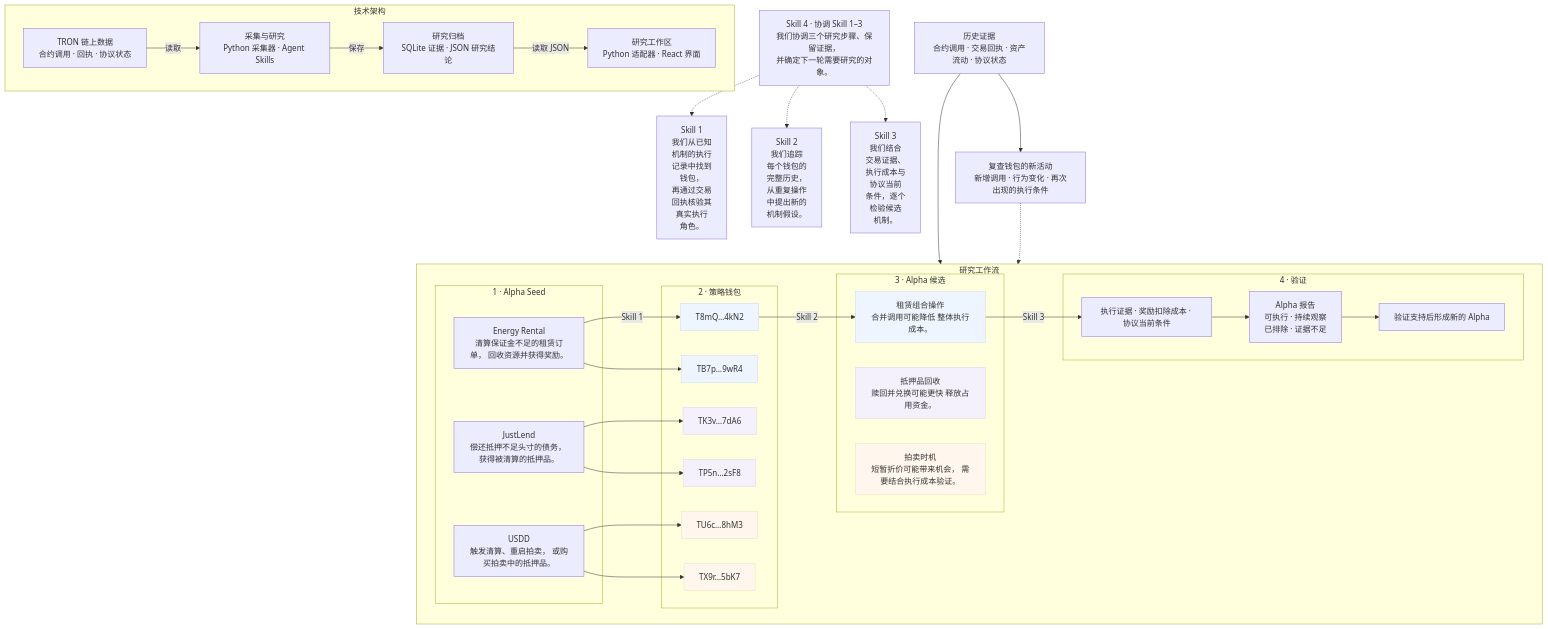
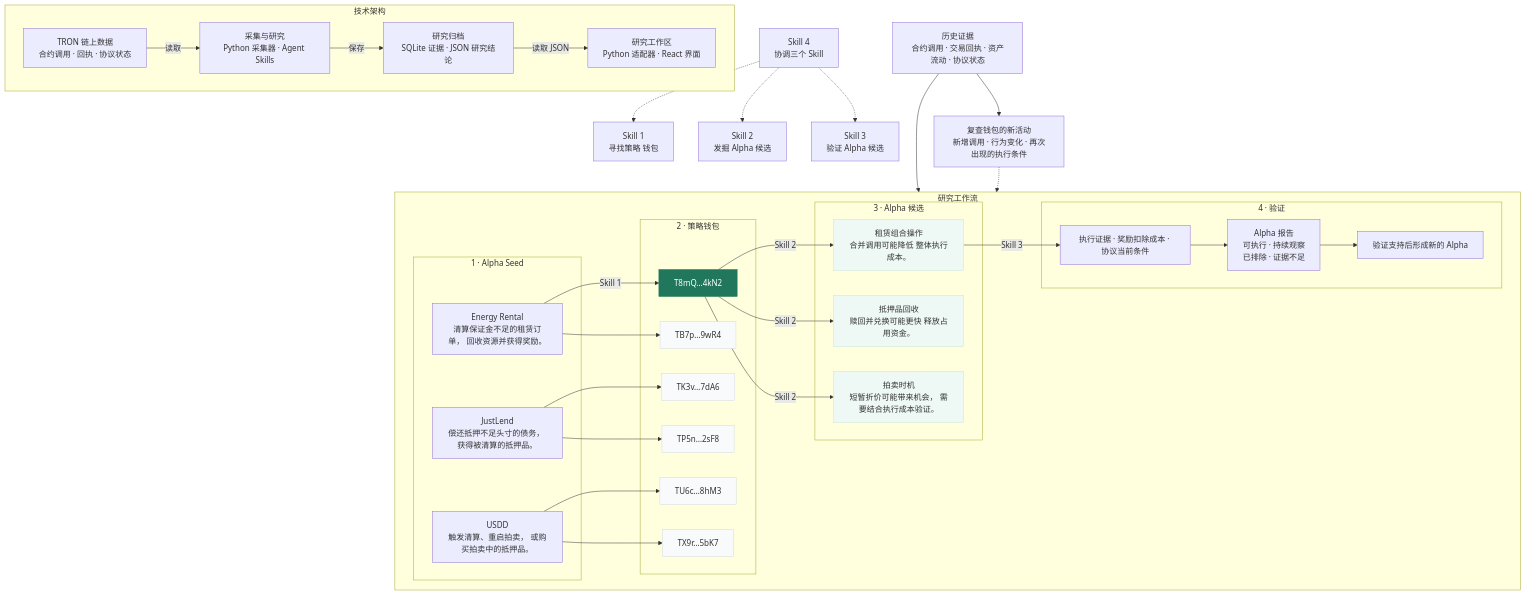
The diagram in docs/diagrams/system-architecture-zh-CN.mmd (qinyh10300/protocol-alpha-finder), drawn with Mermaid before and after one commit. The commit also changed 6 other files, not shown here.

Commit message:
docs: shorten Skill labels and expand one wallet into three candidates

```diff
--- a/docs/diagrams/system-architecture-zh-CN.mmd
+++ b/docs/diagrams/system-architecture-zh-CN.mmd
@@ -1,69 +1,71 @@
 flowchart TB
     subgraph FLOW["研究工作流"]
         direction LR
         subgraph SEEDS["1 · Alpha Seed"]
             SEED0["Energy Rental<br/>清算保证金不足的租赁订单， 回收资源并获得奖励。"]
             SEED1["JustLend<br/>偿还抵押不足头寸的债务， 获得被清算的抵押品。"]
             SEED2["USDD<br/>触发清算、重启拍卖， 或购买拍卖中的抵押品。"]
         end
         subgraph WALLETS["2 · 策略钱包"]
             WALLET0["T8mQ…4kN2"]
             WALLET1["TB7p…9wR4"]
             WALLET2["TK3v…7dA6"]
             WALLET3["TP5n…2sF8"]
             WALLET4["TU6c…8hM3"]
             WALLET5["TX9r…5bK7"]
         end
         subgraph CANDIDATES["3 · Alpha 候选"]
             CANDIDATE0["租赁组合操作<br/>合并调用可能降低 整体执行成本。"]
             CANDIDATE1["抵押品回收<br/>赎回并兑换可能更快 释放占用资金。"]
             CANDIDATE2["拍卖时机<br/>短暂折价可能带来机会， 需要结合执行成本验证。"]
         end
         subgraph VALIDATION["4 · 验证"]
             CHECK["执行证据 · 奖励扣除成本 · 协议当前条件"]
             REPORT["Alpha 报告<br/>可执行 · 持续观察<br/>已排除 · 证据不足"]
             NEW["验证支持后形成新的 Alpha"]
             CHECK --> REPORT --> NEW
         end
         SEED0 -->|Skill 1| WALLET0
         SEED0 --> WALLET1
         SEED1 --> WALLET2
         SEED1 --> WALLET3
         SEED2 --> WALLET4
         SEED2 --> WALLET5
         WALLET0 -->|Skill 2| CANDIDATE0
+        WALLET0 -->|Skill 2| CANDIDATE1
+        WALLET0 -->|Skill 2| CANDIDATE2
         CANDIDATE0 -->|Skill 3| CHECK
     end
-    S1["Skill 1<br/>我们从已知<br/>机制的执行<br/>记录中找到<br/>钱包，<br/>再通过交易<br/>回执核验其<br/>真实执行<br/>角色。"]
-    S2["Skill 2<br/>我们追踪<br/>每个钱包的<br/>完整历史，<br/>从重复操作<br/>中提出新的<br/>机制假设。"]
-    S3["Skill 3<br/>我们结合<br/>交易证据、<br/>执行成本与<br/>协议当前<br/>条件，逐个<br/>检验候选<br/>机制。"]
-    S4["Skill 4 · 协调 Skill 1–3<br/>我们协调三个研究步骤、保留证据，<br/>并确定下一轮需要研究的对象。"]
+    S1["Skill 1<br/>寻找策略 钱包"]
+    S2["Skill 2<br/>发掘 Alpha 候选"]
+    S3["Skill 3<br/>验证 Alpha 候选"]
+    S4["Skill 4<br/>协调三个 Skill"]
     S4 -.-> S1
     S4 -.-> S2
     S4 -.-> S3
     HISTORY["历史证据<br/>合约调用 · 交易回执 · 资产流动 · 协议状态"]
     OBSERVE["复查钱包的新活动<br/>新增调用 · 行为变化 · 再次出现的执行条件"]
     HISTORY --> FLOW
     HISTORY --> OBSERVE
     OBSERVE -.-> FLOW
-    %% 地址与候选均为方法示意 · 相同颜色标明来源关系，图中只展开一条研究路径。
+    %% 地址与候选均为方法示意 · 高亮钱包展开为三个候选机制。
     %% 重复采集与复查；当前由手动启动检查。
-    style WALLET0 fill:#eff5ff,stroke:#c8daf8
-    style WALLET1 fill:#eff5ff,stroke:#c8daf8
-    style CANDIDATE0 fill:#eff5ff,stroke:#c8daf8
-    style WALLET2 fill:#f5f1fc,stroke:#ded2f2
-    style WALLET3 fill:#f5f1fc,stroke:#ded2f2
-    style CANDIDATE1 fill:#f5f1fc,stroke:#ded2f2
-    style WALLET4 fill:#fff7ed,stroke:#f1dcc2
-    style WALLET5 fill:#fff7ed,stroke:#f1dcc2
-    style CANDIDATE2 fill:#fff7ed,stroke:#f1dcc2
+    style WALLET0 fill:#20775b,stroke:#20775b,color:#ffffff
+    style WALLET1 fill:#f8fafc,stroke:#d3dce6
+    style WALLET2 fill:#f8fafc,stroke:#d3dce6
+    style WALLET3 fill:#f8fafc,stroke:#d3dce6
+    style WALLET4 fill:#f8fafc,stroke:#d3dce6
+    style WALLET5 fill:#f8fafc,stroke:#d3dce6
+    style CANDIDATE0 fill:#eef8f4,stroke:#c9e5d9
+    style CANDIDATE1 fill:#eef8f4,stroke:#c9e5d9
+    style CANDIDATE2 fill:#eef8f4,stroke:#c9e5d9
     subgraph TECH["技术架构"]
         direction LR
         T0["TRON 链上数据<br/>合约调用 · 回执 · 协议状态"]
         T1["采集与研究<br/>Python 采集器 · Agent Skills"]
         T0 -->|读取| T1
         T2["研究归档<br/>SQLite 证据 · JSON 研究结论"]
         T1 -->|保存| T2
         T3["研究工作区<br/>Python 适配器 · React 界面"]
         T2 -->|读取 JSON| T3
     end
```
